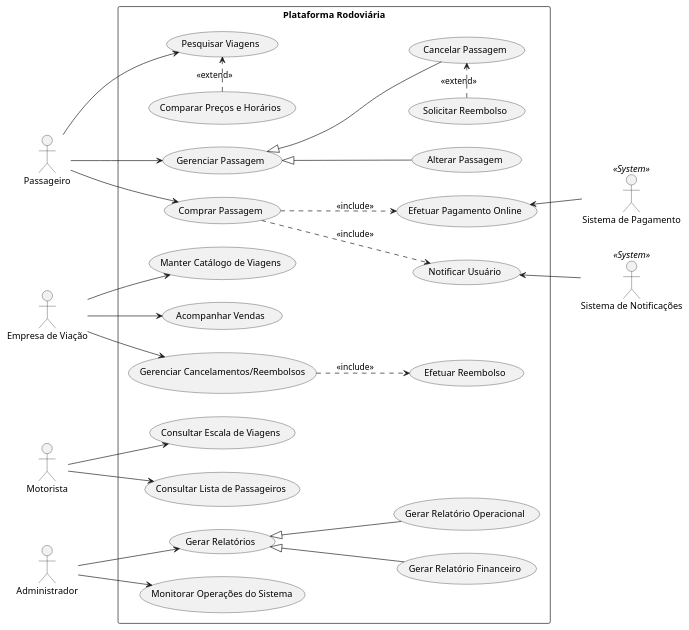
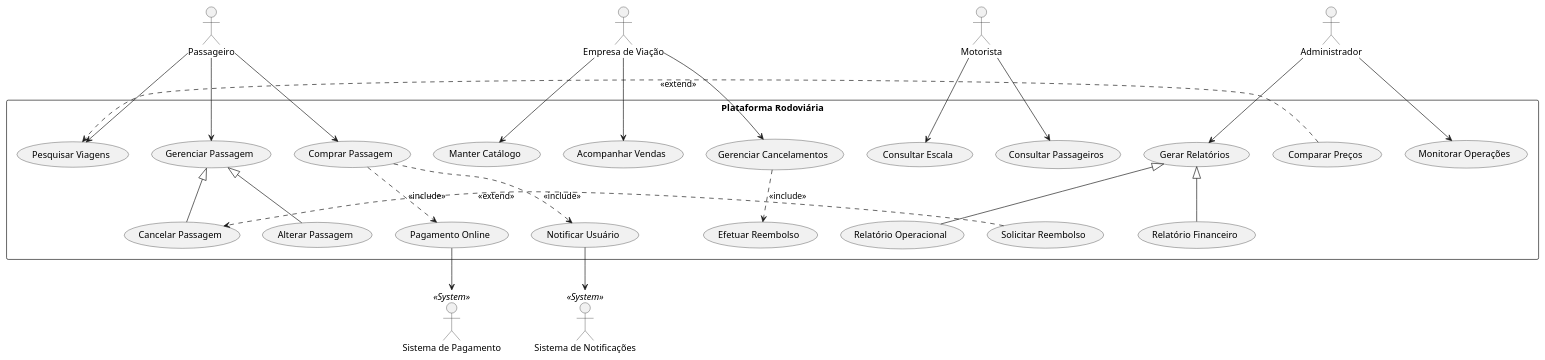
Before and after one commit to RaFeltrim/usp-apoo-2026: the diagram in Tópico 4 - Especificacao de Requisitos e Casos de Uso/Entregas/Atividade - Casos de Uso/RESPOSTAS.md, drawn with PlantUML. The commit also changed 2 other files, not shown here.

Commit message:
fix: refatora layout do plantuml para drawio

````diff
--- a/Tópico 4 - Especificacao de Requisitos e Casos de Uso/Entregas/Atividade - Casos de Uso/RESPOSTAS.md
+++ b/Tópico 4 - Especificacao de Requisitos e Casos de Uso/Entregas/Atividade - Casos de Uso/RESPOSTAS.md
@@ -67,66 +67,61 @@
 ```plantuml
 @startuml
-left to right direction
-skinparam packageStyle rectangle
+top to bottom direction
 
 actor Passageiro
 actor "Empresa de Viação" as Viacao
 actor Motorista
 actor "Administrador" as Admin
+
 actor "Sistema de Pagamento" as Pagamento <<System>>
 actor "Sistema de Notificações" as Notificacao <<System>>
 
 rectangle "Plataforma Rodoviária" {
   
-  ' Casos do Passageiro
   usecase "Pesquisar Viagens" as UC1
-  usecase "Comparar Preços e Horários" as UC2
+  usecase "Comparar Preços" as UC2
   usecase "Comprar Passagem" as UC3
   usecase "Gerenciar Passagem" as UC4
   usecase "Cancelar Passagem" as UC5
   usecase "Alterar Passagem" as UC6
   usecase "Solicitar Reembolso" as UC7
   
-  ' Casos da Empresa
-  usecase "Manter Catálogo de Viagens" as UC8
+  usecase "Manter Catálogo" as UC8
   usecase "Acompanhar Vendas" as UC9
-  usecase "Gerenciar Cancelamentos/Reembolsos" as UC10
+  usecase "Gerenciar Cancelamentos" as UC10
   usecase "Efetuar Reembolso" as UC11
   
-  ' Casos do Motorista
-  usecase "Consultar Escala de Viagens" as UC12
-  usecase "Consultar Lista de Passageiros" as UC13
+  usecase "Consultar Escala" as UC12
+  usecase "Consultar Passageiros" as UC13
   
-  ' Casos do Admin
-  usecase "Monitorar Operações do Sistema" as UC14
+  usecase "Monitorar Operações" as UC14
   usecase "Gerar Relatórios" as UC15
-  usecase "Gerar Relatório Financeiro" as UC16
-  usecase "Gerar Relatório Operacional" as UC17
+  usecase "Relatório Financeiro" as UC16
+  usecase "Relatório Operacional" as UC17
   
-  ' Casos Intermediários de Integração Externa
-  usecase "Efetuar Pagamento Online" as UC18
+  usecase "Pagamento Online" as UC18
   usecase "Notificar Usuário" as UC19
 }
 
-' Ligações Passageiro
 Passageiro --> UC1
 Passageiro --> UC3
 Passageiro --> UC4
 
-' Ligações Empresa
 Viacao --> UC8
 Viacao --> UC9
 Viacao --> UC10
 
-' Ligações Motorista
 Motorista --> UC12
 Motorista --> UC13
 
-' Ligações Admin
 Admin --> UC14
 Admin --> UC15
 
-' Relacionamentos Extend e Include
+' Relações dos Atores Externos
+UC18 --> Pagamento
+UC19 --> Notificacao
+
+' Extend e Include
 UC2 .> UC1 : <<extend>>
 UC7 .> UC5 : <<extend>>
 
@@ -140,10 +135,5 @@
 
 UC16 -up-|> UC15
 UC17 -up-|> UC15
-
-' Ligações Atores Externos
-UC18 <-- Pagamento
-UC19 <-- Notificacao
-
 @enduml
 ```
````
